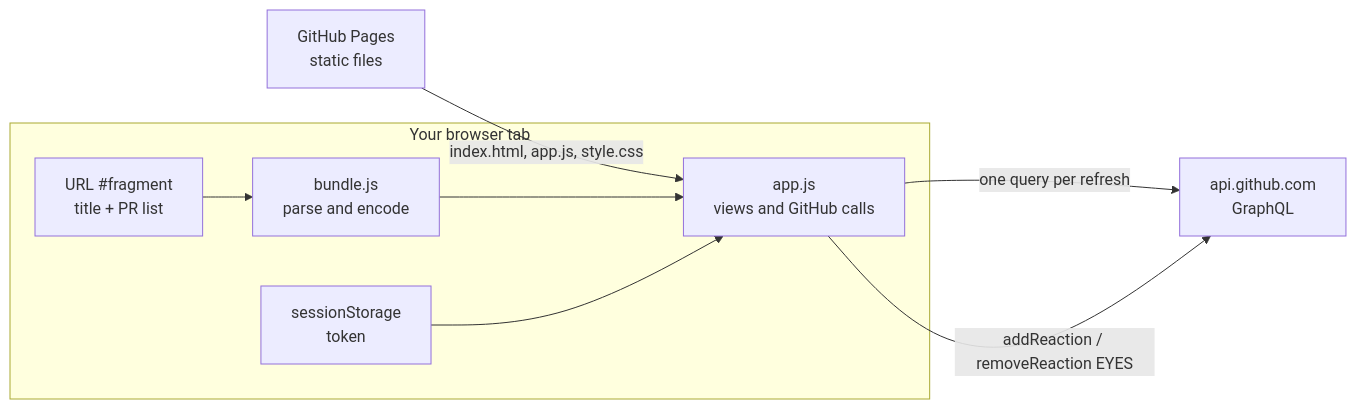
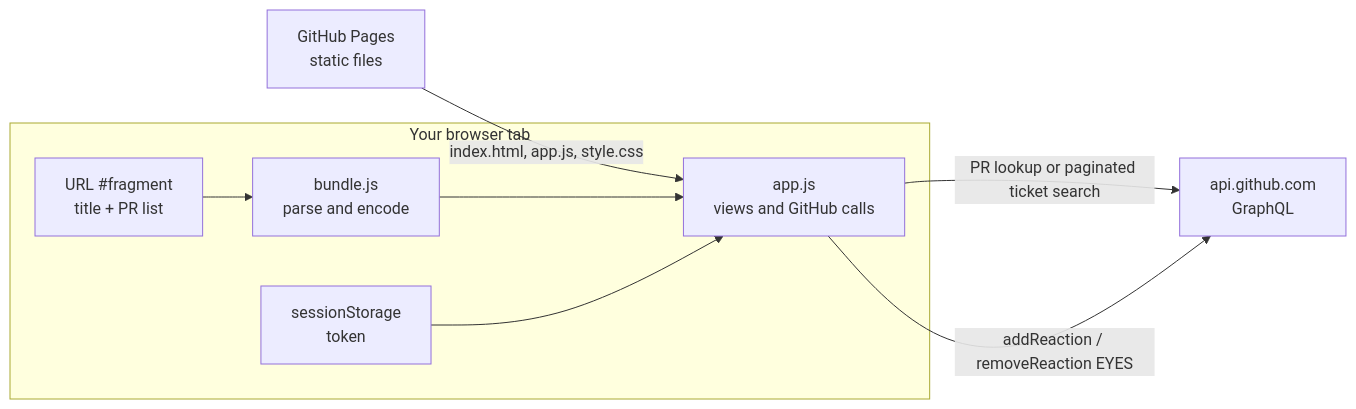
One commit to preacherxp/sheaf changed the diagram in README.md. Above: the diagram before and after it, drawn with Mermaid. The commit also changed other lines of this file and 18 other files, not shown here.

````diff
--- a/README.md
+++ b/README.md
@@ -69,16 +88,16 @@
 ```mermaid
 flowchart LR
   subgraph Browser["Your browser tab"]
     hash["URL #fragment<br/>title + PR list"]
     bundle["bundle.js<br/>parse and encode"]
     app["app.js<br/>views and GitHub calls"]
     store["sessionStorage<br/>token"]
   end
   pages["GitHub Pages<br/>static files"]
   api["api.github.com<br/>GraphQL"]
   pages -- "index.html, app.js, style.css" --> app
   hash --> bundle --> app
   store --> app
-  app -- "one query per refresh" --> api
+  app -- "PR lookup or paginated ticket search" --> api
   app -- "addReaction / removeReaction EYES" --> api
 ```
````
